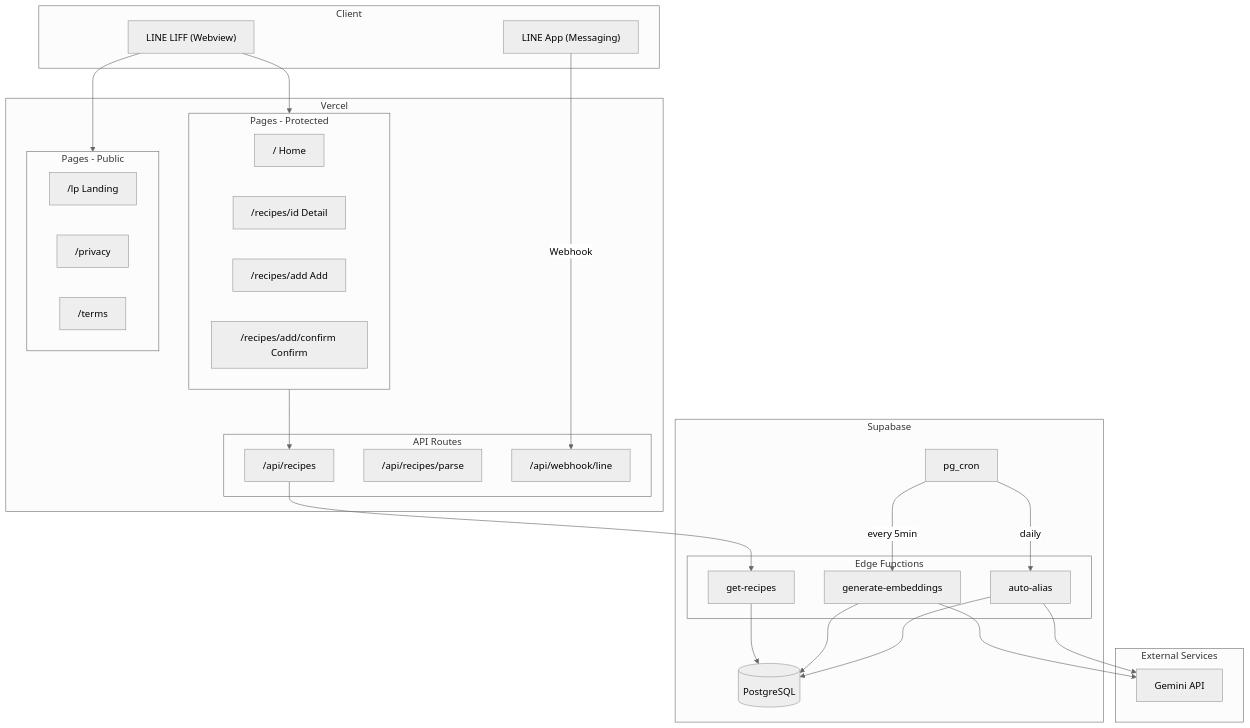
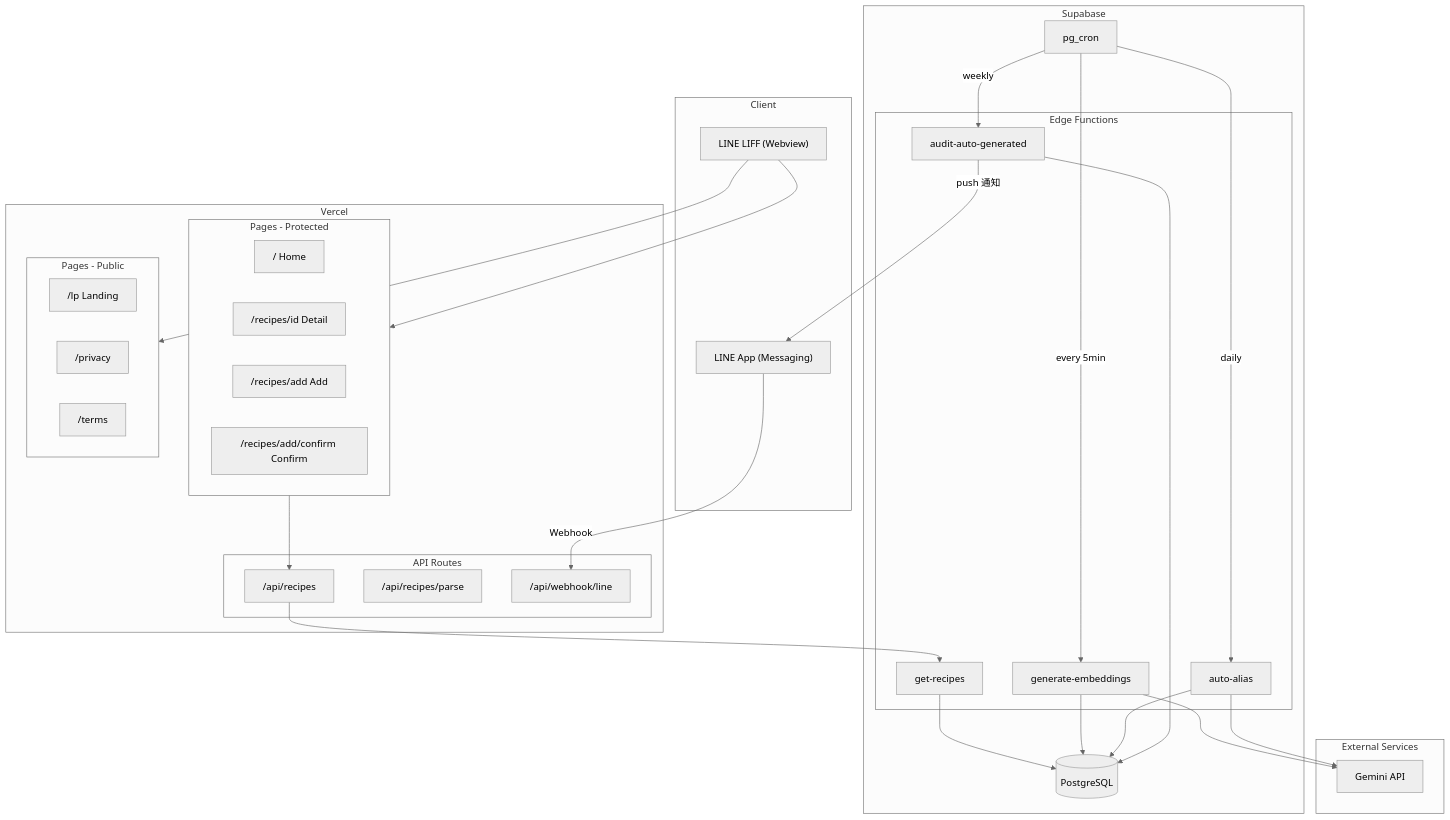
One commit to mktu/recipe-app changed the first of 12 diagrams in docs/ARCHITECTURE.md. Above: the diagram before and after it, drawn with Mermaid (neutral theme). The commit also changed other lines of this file and 13 other files, not shown here.

````diff
--- a/docs/ARCHITECTURE.md
+++ b/docs/ARCHITECTURE.md
@@ -144,60 +145,64 @@
 ```mermaid
 graph TB
     subgraph Client["Client"]
         LIFF["LINE LIFF (Webview)"]
         LINEApp["LINE App (Messaging)"]
     end
 
     subgraph Vercel["Vercel"]
         subgraph Pages["Pages - Protected"]
             Home["/ Home"]
             Detail["/recipes/id Detail"]
             Add["/recipes/add Add"]
             Confirm["/recipes/add/confirm Confirm"]
         end
 
         subgraph Public["Pages - Public"]
             LP["/lp Landing"]
             Privacy["/privacy"]
             Terms["/terms"]
         end
 
         subgraph APIRoutes["API Routes"]
             RecipeAPI["/api/recipes"]
             ParseAPI["/api/recipes/parse"]
             WebhookAPI["/api/webhook/line"]
         end
     end
 
     subgraph Supabase["Supabase"]
         DB[("PostgreSQL")]
 
         subgraph EdgeFunctions["Edge Functions"]
             GetRecipes["get-recipes"]
             GenEmbed["generate-embeddings"]
             AutoAlias["auto-alias"]
+            Audit["audit-auto-generated"]
         end
 
         Cron["pg_cron"]
     end
 
     subgraph External["External Services"]
         Gemini["Gemini API"]
     end
 
     LIFF --> Pages
     LIFF --> Public
     LINEApp -->|Webhook| WebhookAPI
 
     Pages --> RecipeAPI
     RecipeAPI --> GetRecipes
 
     GetRecipes --> DB
     GenEmbed --> DB
     GenEmbed --> Gemini
     AutoAlias --> DB
     AutoAlias --> Gemini
+    Audit --> DB
+    Audit -->|push 通知| LINEApp
 
     Cron -->|every 5min| GenEmbed
     Cron -->|daily| AutoAlias
+    Cron -->|weekly| Audit
 ```
````
